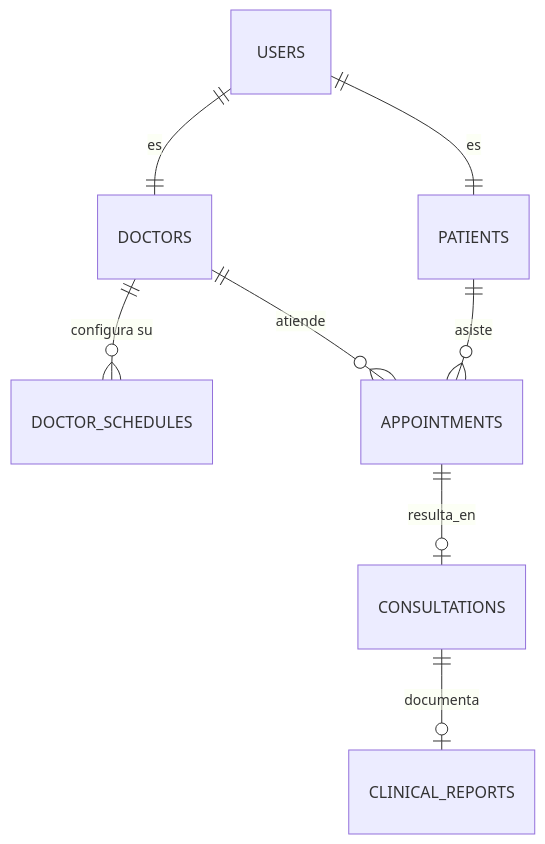
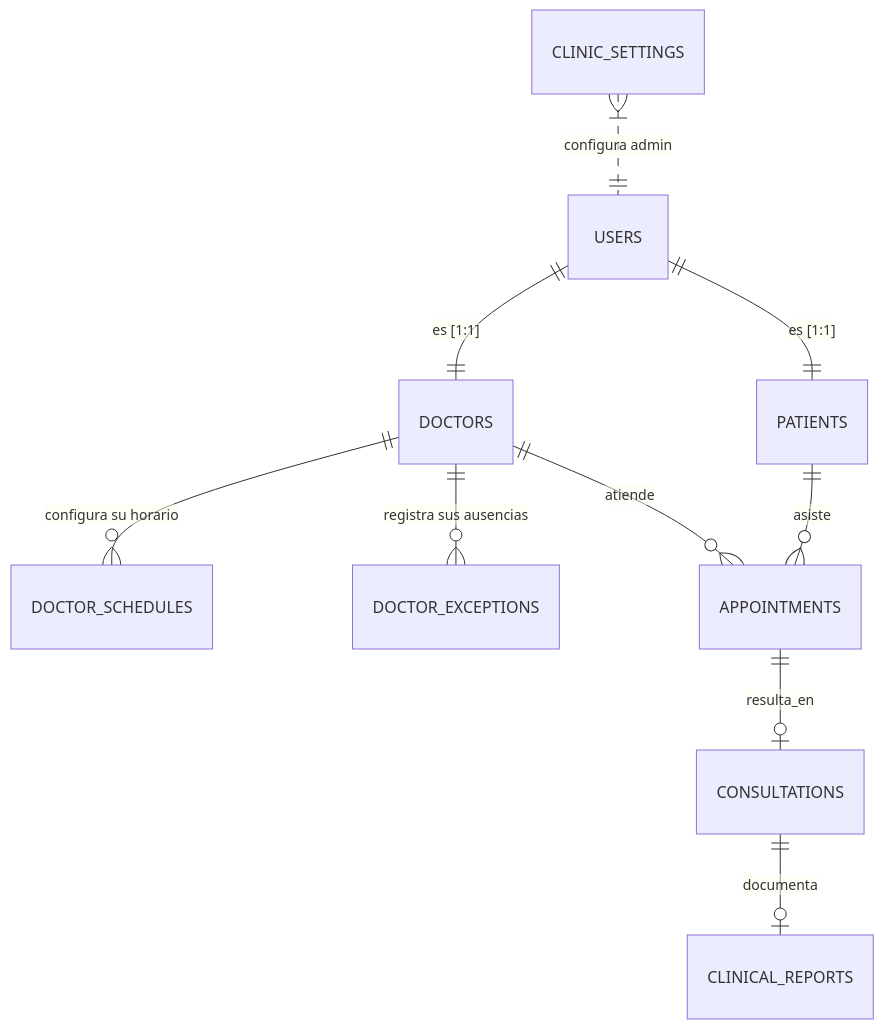
The diagram in docs/technical/DATABASE_SCHEMA.md (Jesus64000/mindpath-neuro), drawn with Mermaid before and after one commit. The commit also changed other lines of this file and 10 other files, not shown here.

Commit message:
chore(database): sprint 38 prep - instalador automatizado setupDB.js, schema limpio db_mindpath.sql y parches de migracion

````diff
--- a/docs/technical/DATABASE_SCHEMA.md
+++ b/docs/technical/DATABASE_SCHEMA.md
@@ -7,10 +7,12 @@
 ```mermaid
 erDiagram
-    USERS ||--|| DOCTORS : es
-    USERS ||--|| PATIENTS : es
-    DOCTORS ||--o{ DOCTOR_SCHEDULES : "configura su"
+    USERS ||--|| DOCTORS : "es [1:1]"
+    USERS ||--|| PATIENTS : "es [1:1]"
+    DOCTORS ||--o{ DOCTOR_SCHEDULES : "configura su horario"
+    DOCTORS ||--o{ DOCTOR_EXCEPTIONS : "registra sus ausencias"
     DOCTORS ||--o{ APPOINTMENTS : atiende
     PATIENTS ||--o{ APPOINTMENTS : asiste
     APPOINTMENTS ||--o| CONSULTATIONS : resulta_en
     CONSULTATIONS ||--o| CLINICAL_REPORTS : documenta
+    CLINIC_SETTINGS }|..|| USERS : "configura admin"
 ```
````
